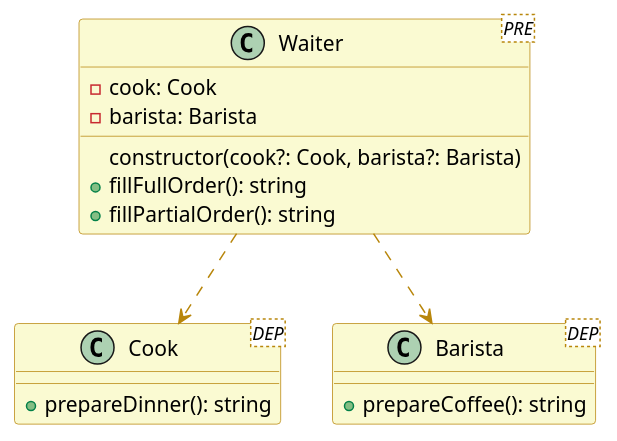
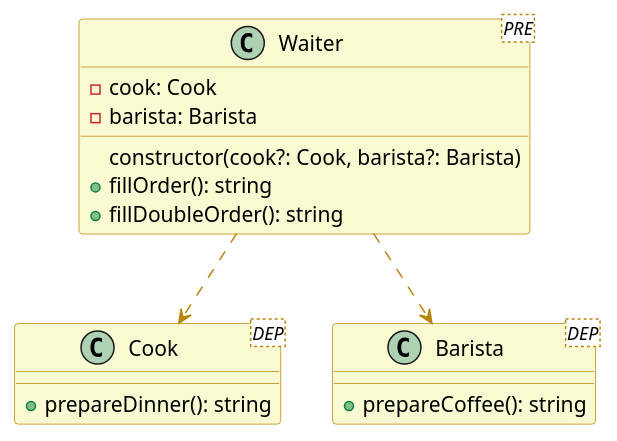
The diagram in src/app/structural/facade/facade.puml (plkpiotr/design-patterns), drawn with PlantUML before and after one commit. The commit also changed 5 other files, not shown here.

```diff
--- a/src/app/structural/facade/facade.puml
+++ b/src/app/structural/facade/facade.puml
@@ -1,28 +1,28 @@
 @startuml
 
 skinparam class {
   backgroundColor lightgoldenrodyellow
   arrowColor darkgoldenrod
   borderColor darkgoldenrod
 }
 
 class Waiter <PRE> {
   - cook: Cook
   - barista: Barista
   constructor(cook?: Cook, barista?: Barista)
-  + fillFullOrder(): string
-  + fillPartialOrder(): string
+  + fillOrder(): string
+  + fillDoubleOrder(): string
 }
 
 class Cook <DEP> {
   + prepareDinner(): string
 }
 
 class Barista <DEP> {
   + prepareCoffee(): string
 }
 
 Waiter ..> Cook
 Waiter ..> Barista
 
 @enduml
```
